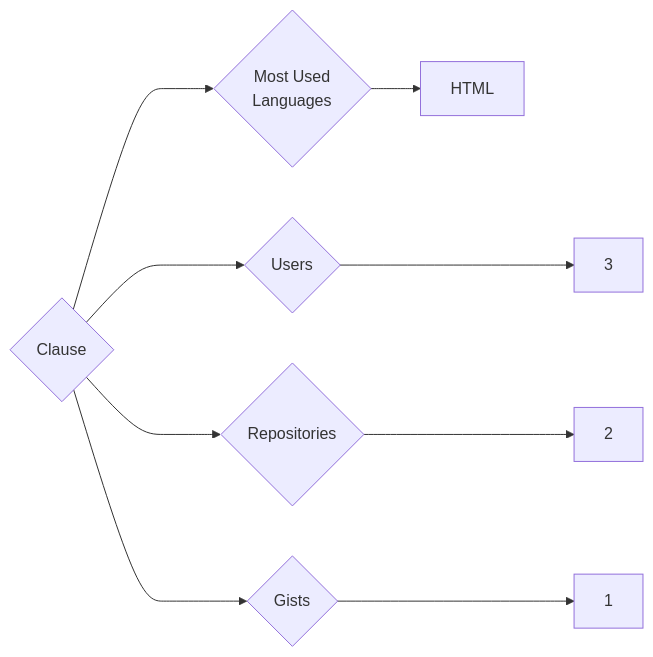
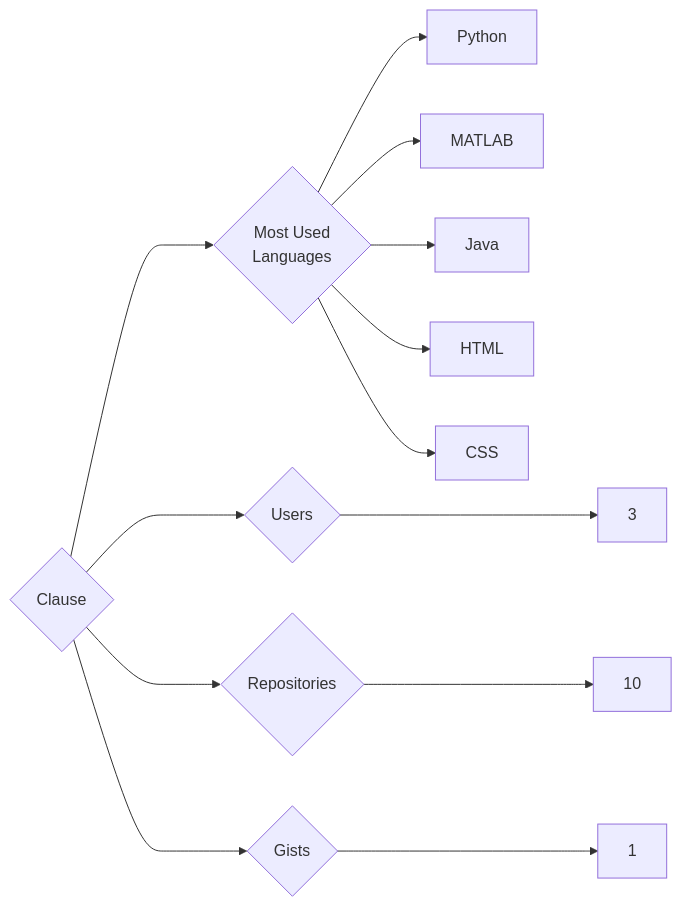
Before and after one commit to trickest/insiders: the diagram in targets/Clause/README.md, drawn with Mermaid. The commit also changed 880 other files, not shown here.

````diff
--- a/targets/Clause/README.md
+++ b/targets/Clause/README.md
@@ -3,9 +3,13 @@
 ```mermaid
 graph LR
 COMPANY_NAME{Clause}
 COMPANY_NAME ---> U{Users} ---> UN[3]
-COMPANY_NAME ---> R{Repositories} ---> RN[2]
+COMPANY_NAME ---> R{Repositories} ---> RN[10]
 COMPANY_NAME ---> G{Gists} ---> GN[1]
 COMPANY_NAME ---> ML{Most Used<br>Languages}
+ML --> Python[Python]
+ML --> MATLAB[MATLAB]
+ML --> Java[Java]
 ML --> HTML[HTML]
+ML --> CSS[CSS]
 ```
````
